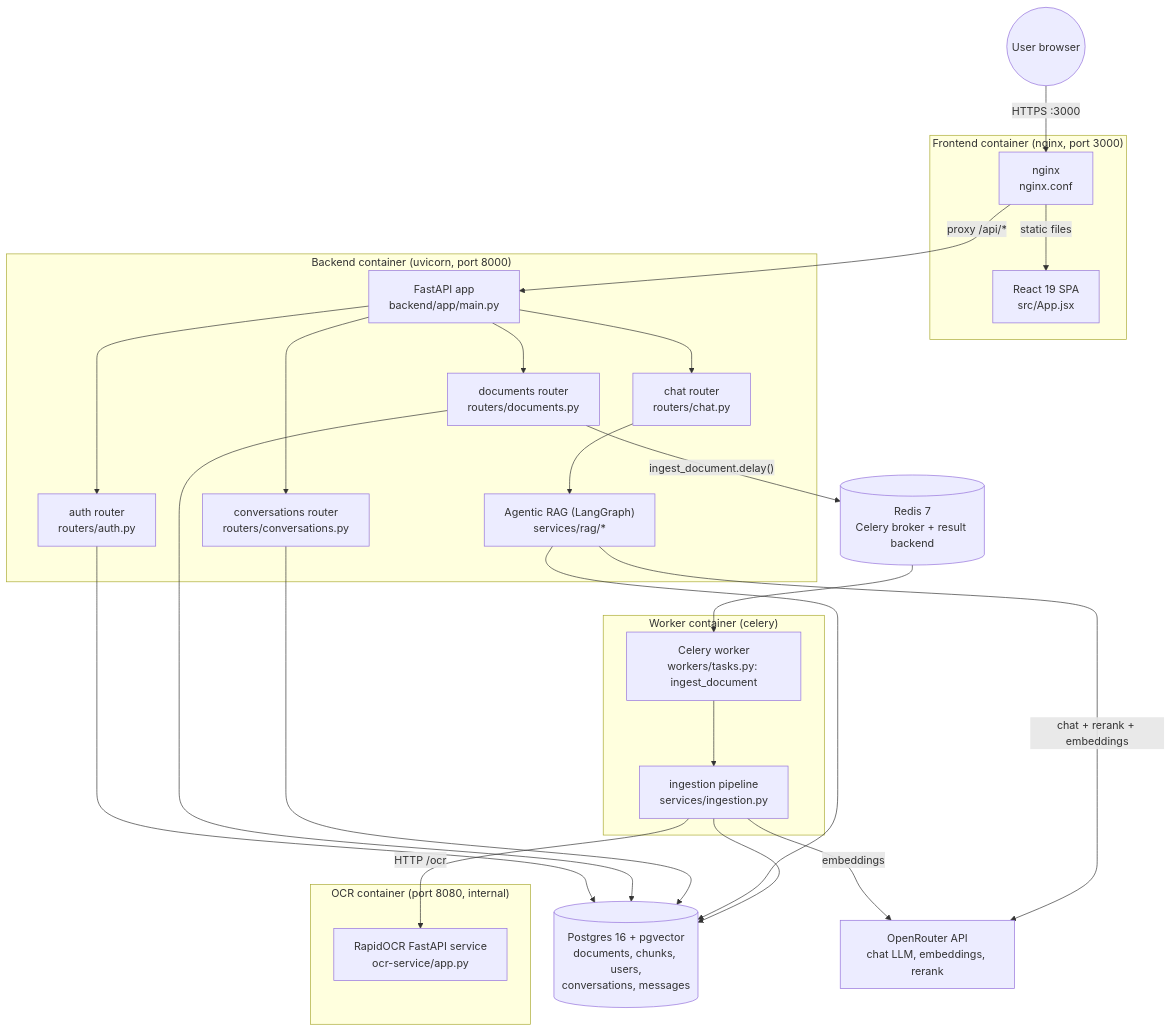
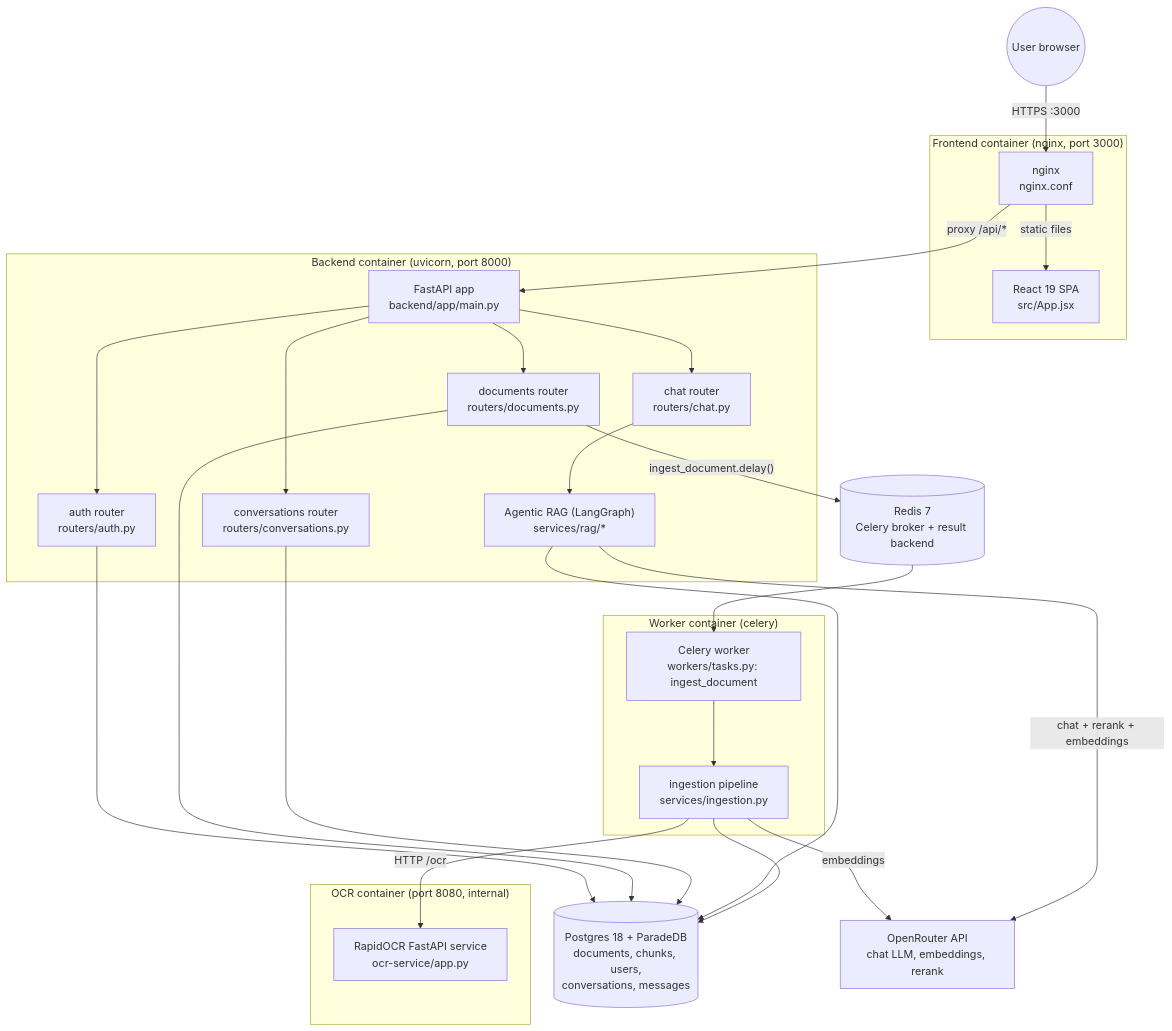
One commit to duyot/chatbot changed the diagram in wiki/01-architecture.md. Above: the diagram before and after it, drawn with Mermaid. The commit also changed other lines of this file and 3 other files, not shown here.

````diff
--- a/wiki/01-architecture.md
+++ b/wiki/01-architecture.md
@@ -5,55 +5,55 @@
 ```mermaid
 graph TD
     User((User browser))
 
     subgraph "Frontend container (nginx, port 3000)"
         SPA["React 19 SPA<br/>src/App.jsx"]
         NGINX["nginx<br/>nginx.conf"]
     end
 
     subgraph "Backend container (uvicorn, port 8000)"
         API["FastAPI app<br/>backend/app/main.py"]
         AUTH["auth router<br/>routers/auth.py"]
         DOCS["documents router<br/>routers/documents.py"]
         CHAT["chat router<br/>routers/chat.py"]
         CONV["conversations router<br/>routers/conversations.py"]
         RAG["Agentic RAG (LangGraph)<br/>services/rag/*"]
     end
 
     subgraph "Worker container (celery)"
         WORKER["Celery worker<br/>workers/tasks.py: ingest_document"]
         INGEST["ingestion pipeline<br/>services/ingestion.py"]
     end
 
     subgraph "OCR container (port 8080, internal)"
         OCR["RapidOCR FastAPI service<br/>ocr-service/app.py"]
     end
 
-    DB[("Postgres 16 + pgvector<br/>documents, chunks, users,<br/>conversations, messages")]
+    DB[("Postgres 18 + ParadeDB<br/>documents, chunks, users,<br/>conversations, messages")]
     REDIS[("Redis 7<br/>Celery broker + result backend")]
     OPENROUTER["OpenRouter API<br/>chat LLM, embeddings, rerank"]
 
     User -->|HTTPS :3000| NGINX
     NGINX -->|static files| SPA
     NGINX -->|proxy /api/*| API
 
     API --> AUTH
     API --> DOCS
     API --> CHAT
     API --> CONV
     CHAT --> RAG
 
     AUTH --> DB
     DOCS --> DB
     CONV --> DB
     RAG --> DB
 
     DOCS -->|"ingest_document.delay()"| REDIS
     REDIS --> WORKER
     WORKER --> INGEST
     INGEST -->|HTTP /ocr| OCR
     INGEST --> DB
     INGEST -->|embeddings| OPENROUTER
 
     RAG -->|chat + rerank + embeddings| OPENROUTER
 ```
````
